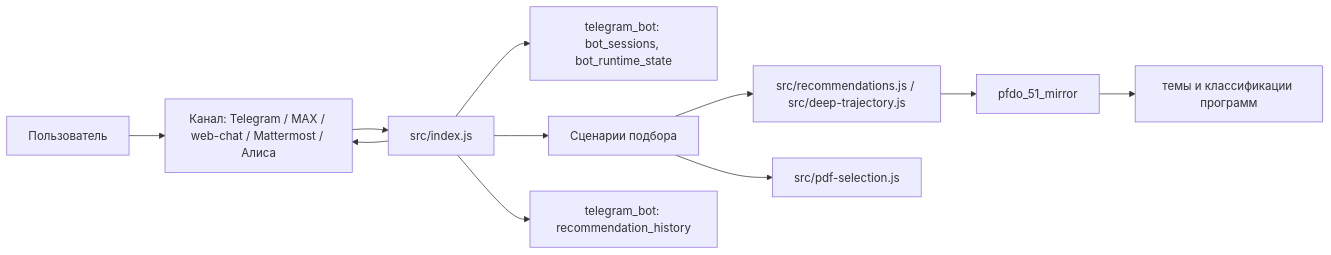
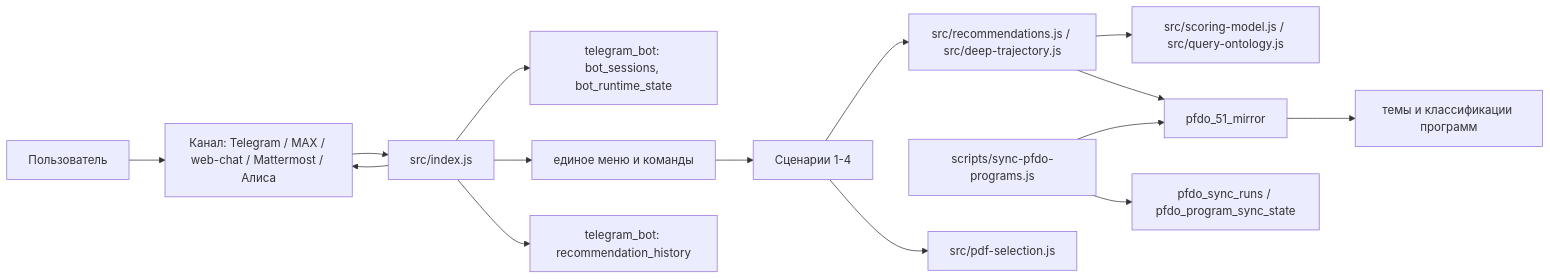
Before and after one commit to mcvvvnukova-bit/traektoria: the diagram in docs/architecture-overview.md, drawn with Mermaid. The commit also changed other lines of this file and 18 other files, not shown here.

````diff
--- a/docs/architecture-overview.md
+++ b/docs/architecture-overview.md
@@ -9,13 +9,17 @@
 ```mermaid
 flowchart LR
   User["Пользователь"] --> Channel["Канал: Telegram / MAX / web-chat / Mattermost / Алиса"]
   Channel --> Bot["src/index.js"]
   Bot --> Sessions["telegram_bot: bot_sessions, bot_runtime_state"]
-  Bot --> Scenario["Сценарии подбора"]
+  Bot --> Menu["единое меню и команды"]
+  Menu --> Scenario["Сценарии 1-4"]
   Scenario --> Recs["src/recommendations.js / src/deep-trajectory.js"]
+  Recs --> Scoring["src/scoring-model.js / src/query-ontology.js"]
   Recs --> Mirror["pfdo_51_mirror"]
   Mirror --> Topics["темы и классификации программ"]
+  Sync["scripts/sync-pfdo-programs.js"] --> Mirror
+  Sync --> SyncState["pfdo_sync_runs / pfdo_program_sync_state"]
   Scenario --> Pdf["src/pdf-selection.js"]
   Bot --> History["telegram_bot: recommendation_history"]
   Bot --> Channel
 ```
````
